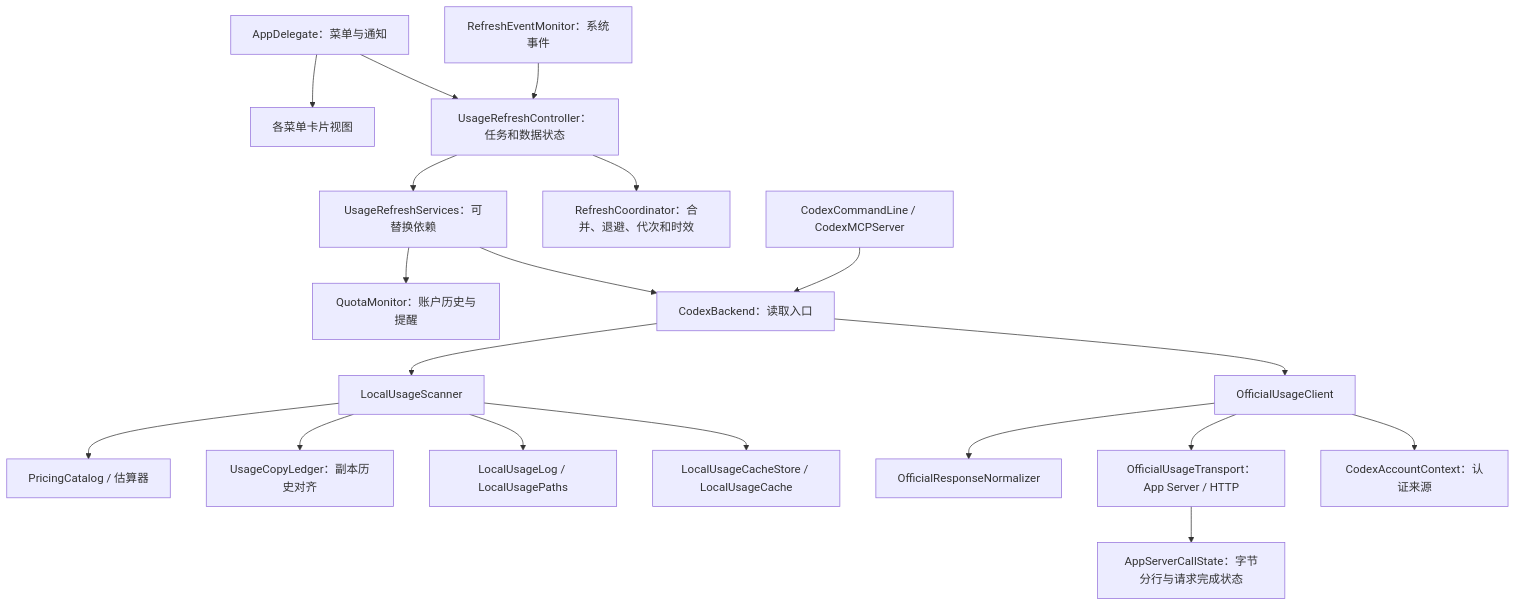
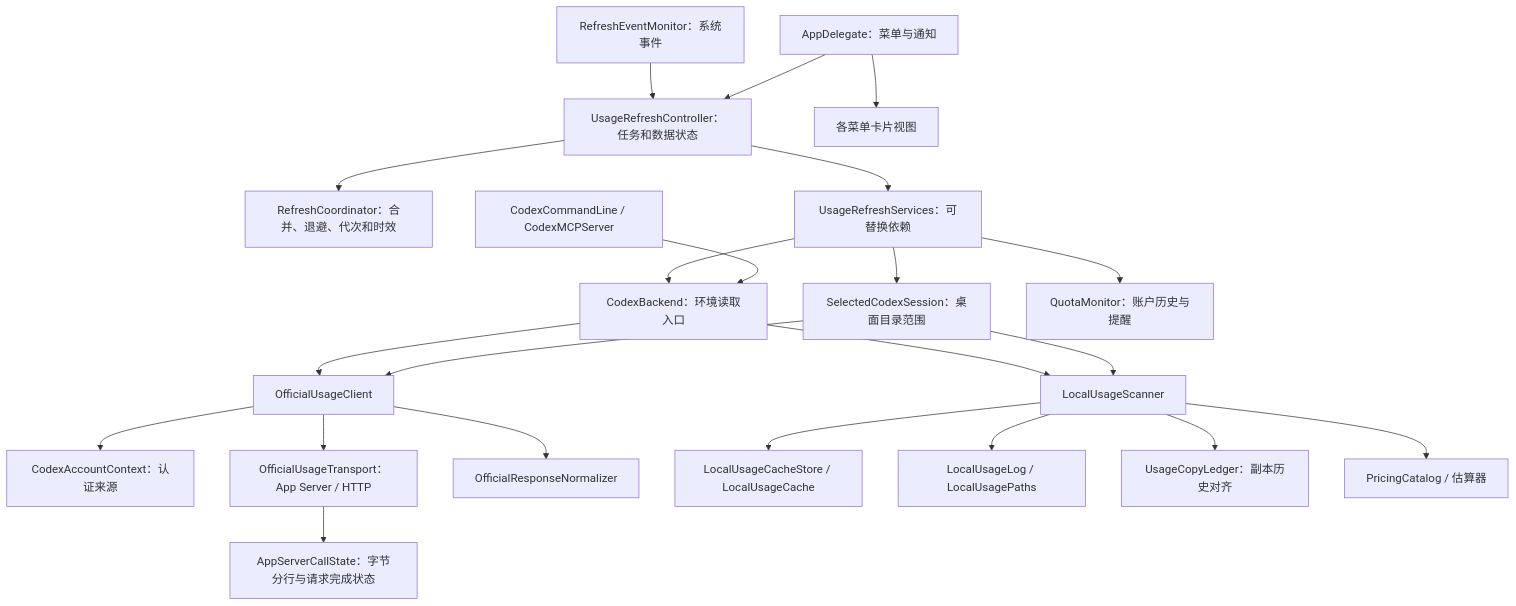
Before and after one commit to HaidyCao/Codex-Rate-Limits-Bar: the diagram in docs/architecture.md, drawn with Mermaid. The commit also changed other lines of this file and 18 other files, not shown here.

````diff
--- a/docs/architecture.md
+++ b/docs/architecture.md
@@ -5,21 +5,24 @@
 ```mermaid
 flowchart TD
     Events[RefreshEventMonitor：系统事件] --> Controller[UsageRefreshController：任务和数据状态]
     App[AppDelegate：菜单与通知] --> Controller
     App --> Views[各菜单卡片视图]
     Controller --> Policy[RefreshCoordinator：合并、退避、代次和时效]
     Controller --> Services[UsageRefreshServices：可替换依赖]
-    Services --> Backend[CodexBackend：读取入口]
+    Services --> Selected[SelectedCodexSession：桌面目录范围]
+    Services --> Backend[CodexBackend：环境读取入口]
     Services --> History[QuotaMonitor：账户历史与提醒]
     CLI[CodexCommandLine / CodexMCPServer] --> Backend
     Backend --> Official[OfficialUsageClient]
     Backend --> Scanner[LocalUsageScanner]
+    Selected --> Official
+    Selected --> Scanner
     Official --> Account[CodexAccountContext：认证来源]
     Official --> Transport[OfficialUsageTransport：App Server / HTTP]
     Transport --> Framing[AppServerCallState：字节分行与请求完成状态]
     Official --> Normalize[OfficialResponseNormalizer]
     Scanner --> Store[LocalUsageCacheStore / LocalUsageCache]
     Scanner --> Log[LocalUsageLog / LocalUsagePaths]
     Scanner --> Copies[UsageCopyLedger：副本历史对齐]
     Scanner --> Pricing[PricingCatalog / 估算器]
 ```
````
